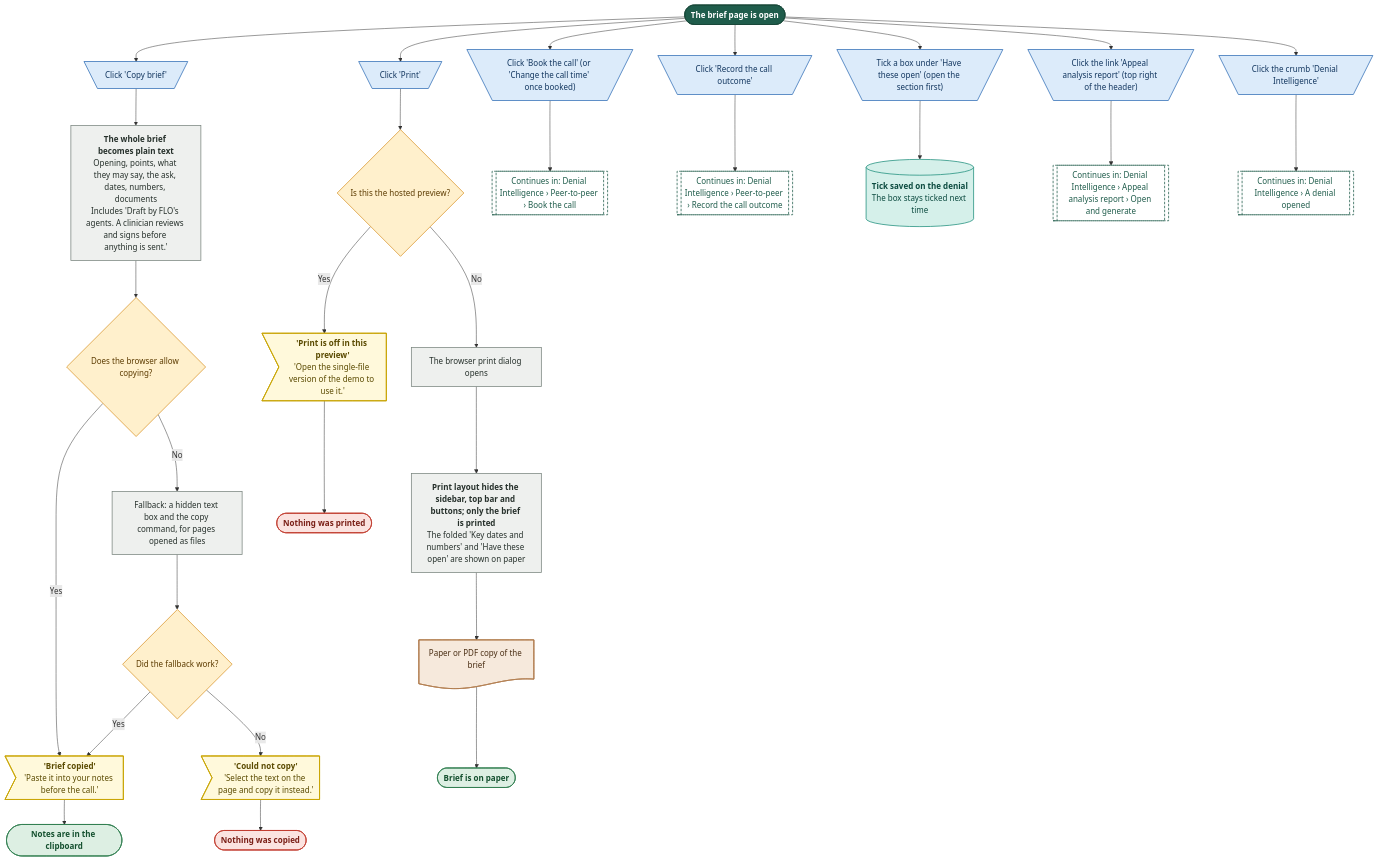
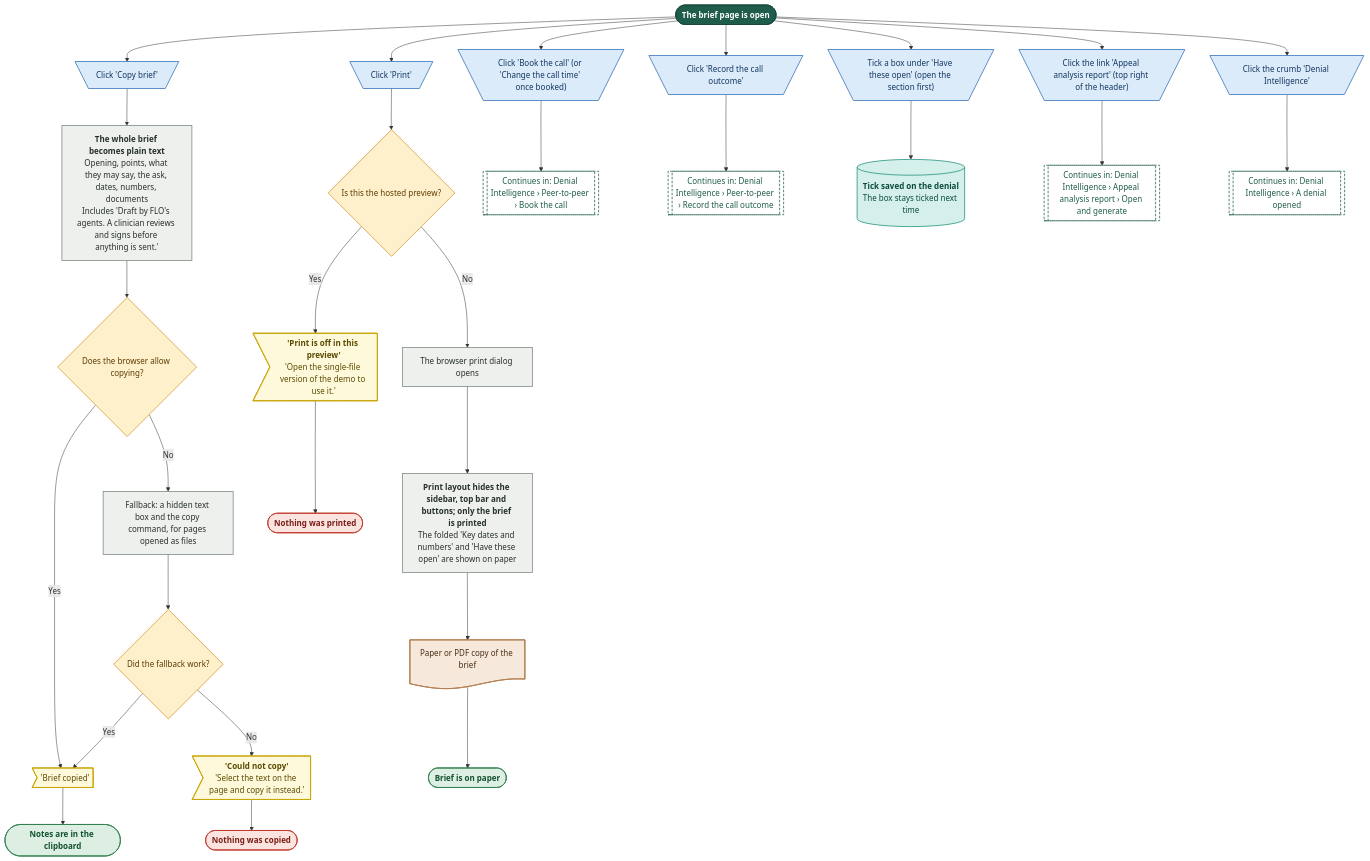
One commit to Shrav143/psyfloapp changed diagram 13 of 28 in demos/prior-auth-demo/workflows/out/md/06-denials.md. Above: the diagram before and after it, drawn with Mermaid. The commit also changed other lines of this file and 202 other files, not shown here.

First line of the commit message:
docs: round 6 README, CONVENTIONS, spec section 17, diagram module blurbs and 336 rebuilt diagrams

````diff
--- a/demos/prior-auth-demo/workflows/out/md/06-denials.md
+++ b/demos/prior-auth-demo/workflows/out/md/06-denials.md
@@ -1021,72 +900,72 @@
 ```mermaid
 %%{init: {"theme":"base","themeVariables":{"fontFamily":"'DM Sans', 'Segoe UI', system-ui, sans-serif","fontSize":"15px","lineColor":"#5B6B63","primaryTextColor":"#1C2B25","clusterBkg":"#FBF8F3","clusterBorder":"#D9CDBB","edgeLabelBackground":"#FFFFFF"},"flowchart":{"curve":"basis","nodeSpacing":36,"rankSpacing":48,"padding":12,"htmlLabels":true,"useMaxWidth":false,"wrappingWidth":230}} }%%
 flowchart TD
   classDef k_start fill:#1F5C4B,stroke:#174638,color:#FFFFFF,stroke-width:1.5px,font-weight:600
   classDef k_end fill:#DDEFE3,stroke:#2E7D4F,color:#14502F,stroke-width:1.5px,font-weight:600
   classDef k_endx fill:#FBE3E0,stroke:#C0392B,color:#7A1F16,stroke-width:1.5px,font-weight:600
   classDef k_screen fill:#FFFDF8,stroke:#1F5C4B,color:#1C2B25,stroke-width:2px
   classDef k_overlay fill:#F1F7F3,stroke:#1F5C4B,color:#1C2B25,stroke-width:2px,stroke-dasharray:5 3
   classDef k_click fill:#DCEBFA,stroke:#2F6DB5,color:#12365F,stroke-width:1.5px
   classDef k_input fill:#E4E7FF,stroke:#4C5FD5,color:#1D2670,stroke-width:1.5px
   classDef k_process fill:#EEF0EE,stroke:#7A857F,color:#26302B,stroke-width:1.5px
   classDef k_agent fill:#EEE5FA,stroke:#7A4FC2,color:#341A63,stroke-width:1.5px
   classDef k_decision fill:#FFF0CC,stroke:#D9962B,color:#5C3B00,stroke-width:1.5px
   classDef k_store fill:#D5F0EA,stroke:#1C8E7B,color:#0B4A3F,stroke-width:1.5px
   classDef k_doc fill:#F6E9DC,stroke:#B07A4C,color:#4A2E14,stroke-width:1.5px
   classDef k_ext fill:#FFE6D2,stroke:#E07B39,color:#6B2F06,stroke-width:1.5px
   classDef k_wait fill:#E4E8EE,stroke:#6B7C93,color:#26303D,stroke-width:1.5px
   classDef k_toast fill:#FFF9DB,stroke:#C9A400,color:#5A4A00,stroke-width:1.5px
   classDef k_goto fill:#FFFFFF,stroke:#1F5C4B,color:#1F5C4B,stroke-width:1.5px,stroke-dasharray:5 3
   s1@{ shape: stadium, label: "The brief page is open" }
   c1@{ shape: trap-t, label: "Click 'Copy brief'" }
   p1@{ shape: rect, label: "<b>The whole brief becomes plain text</b><br/>Opening, points, what they may say, the ask, dates, numbers, documents<br/>Includes 'Draft by FLO's agents. A clinician reviews and signs before anything is sent.'" }
   d1@{ shape: diam, label: "Does the browser allow copying?" }
   p2@{ shape: rect, label: "Fallback: a hidden text box and the copy command, for pages opened as files" }
   d2@{ shape: diam, label: "Did the fallback work?" }
-  t1@{ shape: odd, label: "<b>'Brief copied'</b><br/>'Paste it into your notes before the call.'" }
+  t1@{ shape: odd, label: "'Brief copied'" }
   t2@{ shape: odd, label: "<b>'Could not copy'</b><br/>'Select the text on the page and copy it instead.'" }
   c2@{ shape: trap-t, label: "Click 'Print'" }
   d3@{ shape: diam, label: "Is this the hosted preview?" }
   t3@{ shape: odd, label: "<b>'Print is off in this preview'</b><br/>'Open the single-file version of the demo to use it.'" }
   p3@{ shape: rect, label: "The browser print dialog opens" }
   p4@{ shape: rect, label: "<b>Print layout hides the sidebar, top bar and buttons; only the brief is printed</b><br/>The folded 'Key dates and numbers' and 'Have these open' are shown on paper" }
   dc1@{ shape: doc, label: "Paper or PDF copy of the brief" }
   c3@{ shape: trap-t, label: "Click 'Book the call' (or 'Change the call time' once booked)" }
   g1@{ shape: subproc, label: "Continues in: Denial Intelligence › Peer-to-peer › Book the call" }
   c4@{ shape: trap-t, label: "Click 'Record the call outcome'" }
   g2@{ shape: subproc, label: "Continues in: Denial Intelligence › Peer-to-peer › Record the call outcome" }
   c5@{ shape: trap-t, label: "Tick a box under 'Have these open' (open the section first)" }
   st1@{ shape: cyl, label: "<b>Tick saved on the denial</b><br/>The box stays ticked next time" }
   c7@{ shape: trap-t, label: "Click the link 'Appeal analysis report' (top right of the header)" }
   g4@{ shape: subproc, label: "Continues in: Denial Intelligence › Appeal analysis report › Open and generate" }
   c6@{ shape: trap-t, label: "Click the crumb 'Denial Intelligence'" }
   g3@{ shape: subproc, label: "Continues in: Denial Intelligence › A denial opened" }
   e1@{ shape: stadium, label: "Notes are in the clipboard" }
   e2@{ shape: stadium, label: "Brief is on paper" }
   e3@{ shape: stadium, label: "Nothing was copied" }
   e4@{ shape: stadium, label: "Nothing was printed" }
   s1 --> c1 & c2 & c3 & c4 & c5 & c6 & c7
   c1 --> p1 --> d1
   d1 -->|"Yes"| t1 --> e1
   d1 -->|"No"| p2 --> d2
   d2 -->|"Yes"| t1
   d2 -->|"No"| t2 --> e3
   c2 --> d3
   d3 -->|"Yes"| t3 --> e4
   d3 -->|"No"| p3 --> p4 --> dc1 --> e2
   c3 --> g1
   c4 --> g2
   c5 --> st1
   c6 --> g3
   c7 --> g4
   class s1 k_start
   class c1,c2,c3,c4,c5,c7,c6 k_click
   class p1,p2,p3,p4 k_process
   class d1,d2,d3 k_decision
   class t1,t2,t3 k_toast
   class dc1 k_doc
   class g1,g2,g4,g3 k_goto
   class st1 k_store
   class e1,e2 k_end
   class e3,e4 k_endx
 ```
````
